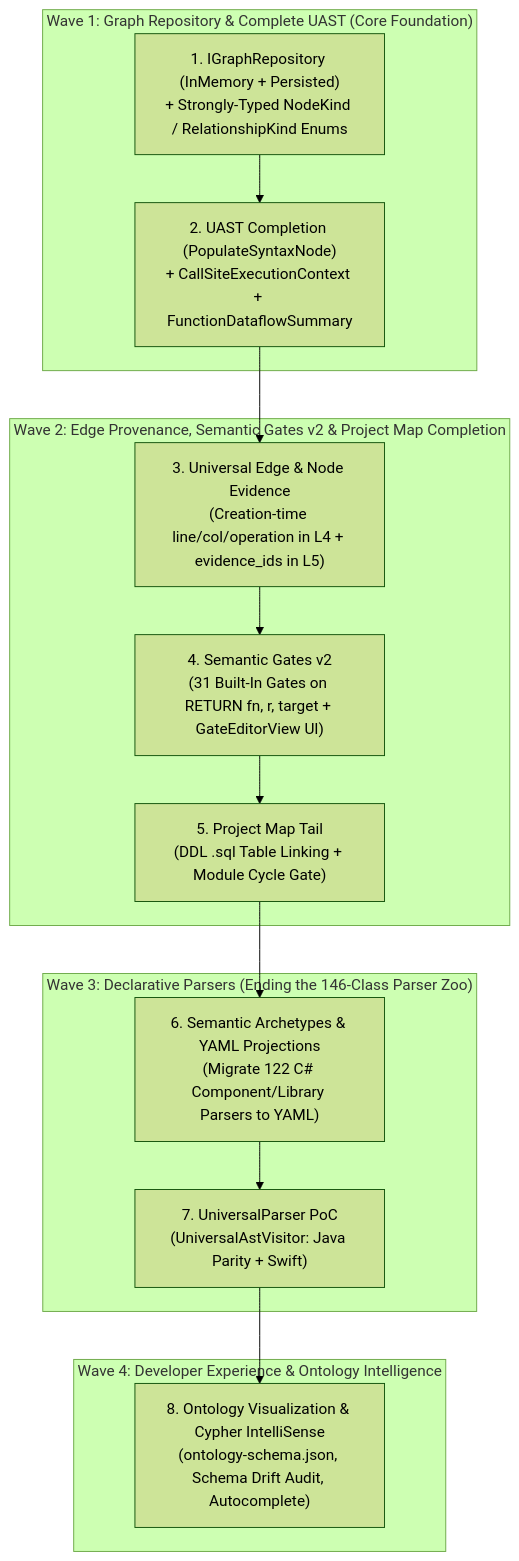
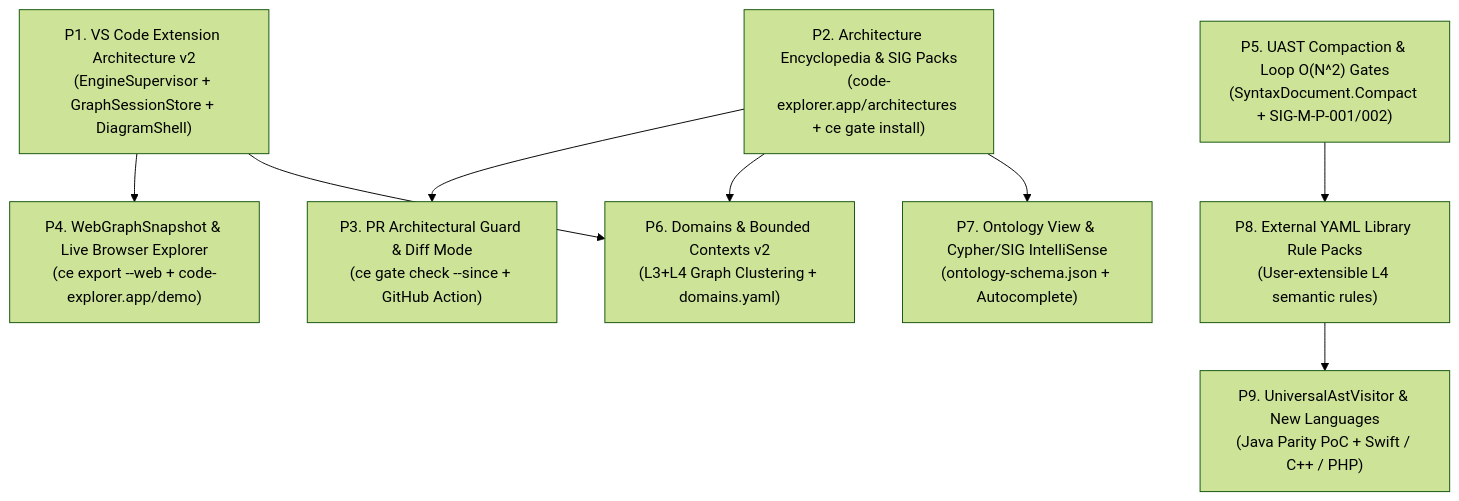
Before and after one commit to vmikhailov/code-explorer: the diagram in docs/proposals/roadmap.md, drawn with Mermaid (forest theme). The commit also changed other lines of this file and 23 other files, not shown here.

````diff
--- a/docs/proposals/roadmap.md
+++ b/docs/proposals/roadmap.md
@@ -30,26 +60,19 @@
 ```mermaid
 flowchart TD
-    subgraph W1 ["Wave 1: Graph Repository & Complete UAST (Core Foundation)"]
-        P1["1. IGraphRepository (InMemory + Persisted)\n+ Strongly-Typed NodeKind / RelationshipKind Enums"]
-        P2["2. UAST Completion (PopulateSyntaxNode)\n+ CallSiteExecutionContext + FunctionDataflowSummary"]
-        P1 --> P2
-    end
+    P1["P1. VS Code Extension Architecture v2\n(EngineSupervisor + GraphSessionStore + DiagramShell)"]
+    P2["P2. Architecture Encyclopedia & SIG Packs\n(code-explorer.app/architectures + ce gate install)"]
+    P3["P3. PR Architectural Guard & Diff Mode\n(ce gate check --since + GitHub Action)"]
+    P4["P4. WebGraphSnapshot & Live Browser Explorer\n(ce export --web + code-explorer.app/demo)"]
+    P5["P5. UAST Compaction & Loop O(N^2) Gates\n(SyntaxDocument.Compact + SIG-M-P-001/002)"]
+    P6["P6. Domains & Bounded Contexts v2\n(L3+L4 Graph Clustering + domains.yaml)"]
+    P7["P7. Ontology View & Cypher/SIG IntelliSense\n(ontology-schema.json + Autocomplete)"]
+    P8["P8. External YAML Library Rule Packs\n(User-extensible L4 semantic rules)"]
+    P9["P9. UniversalAstVisitor & New Languages\n(Java Parity PoC + Swift / C++ / PHP)"]
 
-    subgraph W2 ["Wave 2: Edge Provenance, Semantic Gates v2 & Project Map Completion"]
-        P3["3. Universal Edge & Node Evidence\n(Creation-time line/col/operation in L4 + evidence_ids in L5)"]
-        P4["4. Semantic Gates v2\n(31 Built-In Gates on RETURN fn, r, target + GateEditorView UI)"]
-        P5["5. Project Map Tail\n(DDL .sql Table Linking + Module Cycle Gate)"]
-        P2 --> P3 --> P4 --> P5
-    end
-
-    subgraph W3 ["Wave 3: Declarative Parsers (Ending the 146-Class Parser Zoo)"]
-        P6["6. Semantic Archetypes & YAML Projections\n(Migrate 122 C# Component/Library Parsers to YAML)"]
-        P7["7. UniversalParser PoC\n(UniversalAstVisitor: Java Parity + Swift)"]
-        P5 --> P6 --> P7
-    end
-
-    subgraph W4 ["Wave 4: Developer Experience & Ontology Intelligence"]
-        P8["8. Ontology Visualization & Cypher IntelliSense\n(ontology-schema.json, Schema Drift Audit, Autocomplete)"]
-        P7 --> P8
-    end
+    P2 --> P3
+    P1 --> P4
+    P1 --> P6
+    P2 --> P6
+    P2 --> P7
+    P5 --> P8 --> P9
 ```
````
